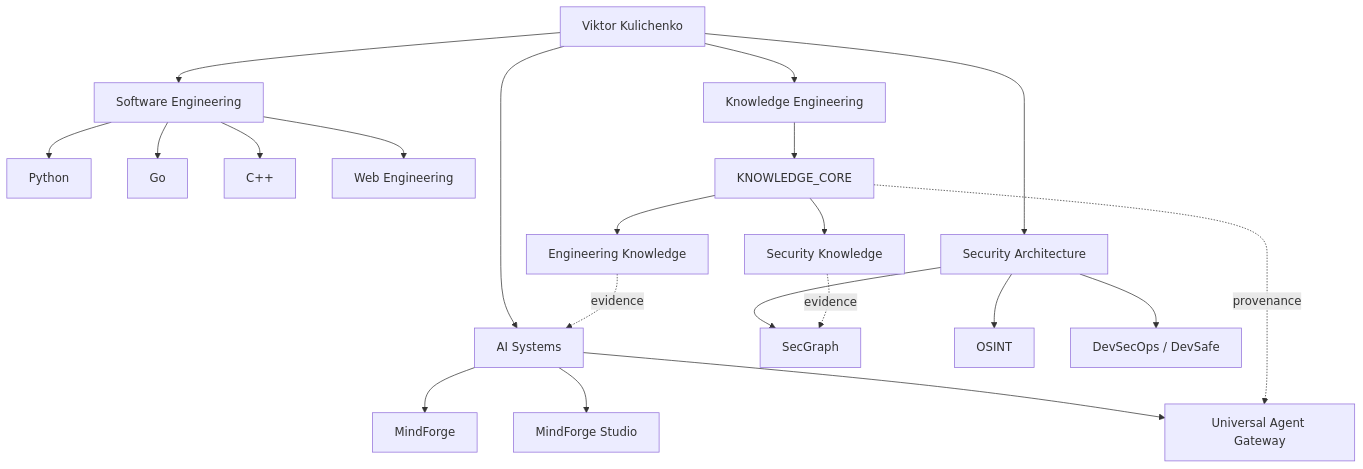
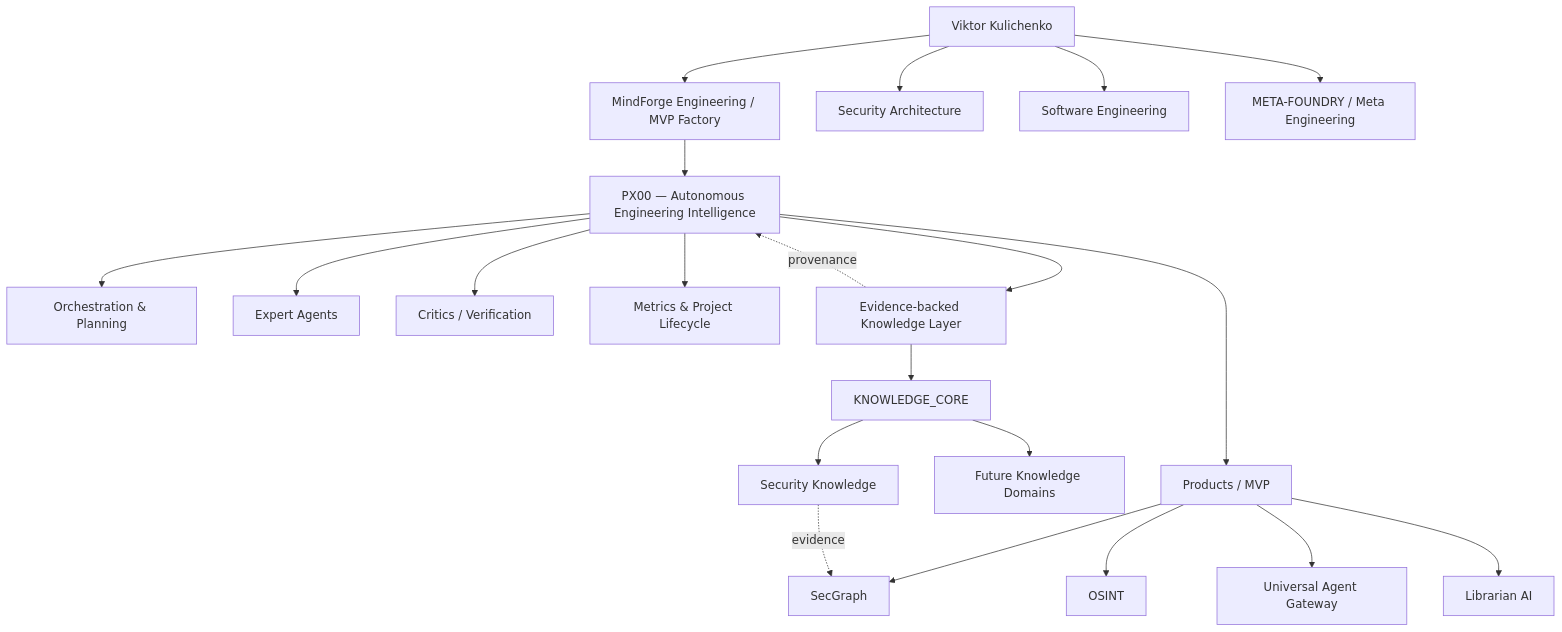
The diagram in README.md (VictorKVS/VictorKVS), drawn with Mermaid before and after one commit. The commit also changed other lines of this file, not shown here.

Commit message:
feat(portfolio): position PX00 as protected advanced MindForge evolution

````diff
--- a/README.md
+++ b/README.md
@@ -54,28 +45,28 @@
 ```mermaid
 flowchart TD
-    VK[Viktor Kulichenko] --> SEC[Security Architecture]
-    VK --> AI[AI Systems]
-    VK --> ENG[Software Engineering]
-    VK --> KB[Knowledge Engineering]
+    VK[Viktor Kulichenko] --> MF[MindForge Engineering / MVP Factory]
+    MF --> PX[PX00 — Autonomous Engineering Intelligence]
 
-    SEC --> SG[SecGraph]
-    SEC --> OSINT[OSINT]
-    SEC --> DEVSAFE[DevSecOps / DevSafe]
-
-    AI --> MF[MindForge]
-    AI --> MFS[MindForge Studio]
-    AI --> UAG[Universal Agent Gateway]
-
-    ENG --> PY[Python]
-    ENG --> GO[Go]
-    ENG --> CPP[C++]
-    ENG --> WEB[Web Engineering]
+    PX --> ORCH[Orchestration & Planning]
+    PX --> EXP[Expert Agents]
+    PX --> CRIT[Critics / Verification]
+    PX --> MET[Metrics & Project Lifecycle]
+    PX --> KB[Evidence-backed Knowledge Layer]
 
     KB --> KC[KNOWLEDGE_CORE]
     KC --> SKB[Security Knowledge]
-    KC --> EKB[Engineering Knowledge]
+    KC --> FKB[Future Knowledge Domains]
+
+    PX --> PRODUCTS[Products / MVP]
+    PRODUCTS --> SG[SecGraph]
+    PRODUCTS --> OSINT[OSINT]
+    PRODUCTS --> UAG[Universal Agent Gateway]
+    PRODUCTS --> LIB[Librarian AI]
+
+    VK --> SEC[Security Architecture]
+    VK --> ENG[Software Engineering]
+    VK --> META[META-FOUNDRY / Meta Engineering]
 
     SKB -. evidence .-> SG
-    EKB -. evidence .-> AI
-    KC -. provenance .-> UAG
+    KB -. provenance .-> PX
 ```
````
